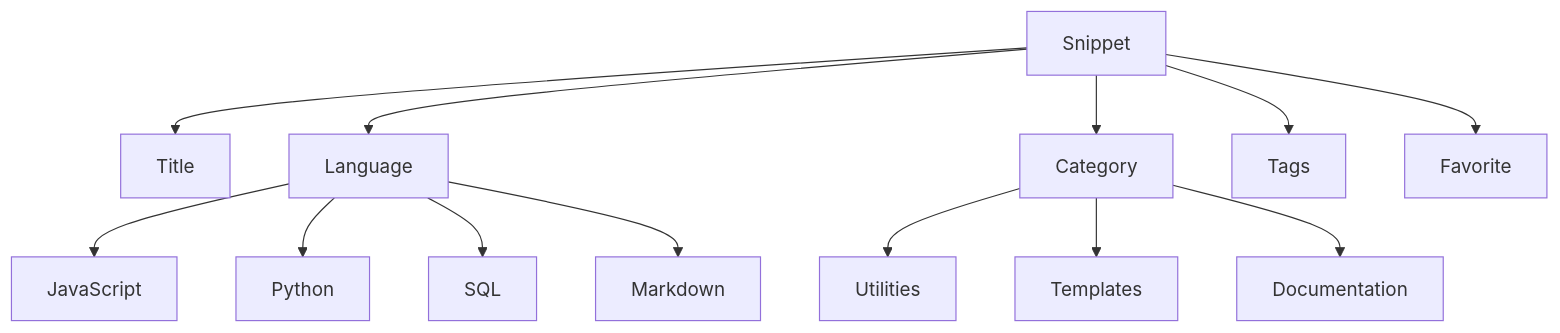
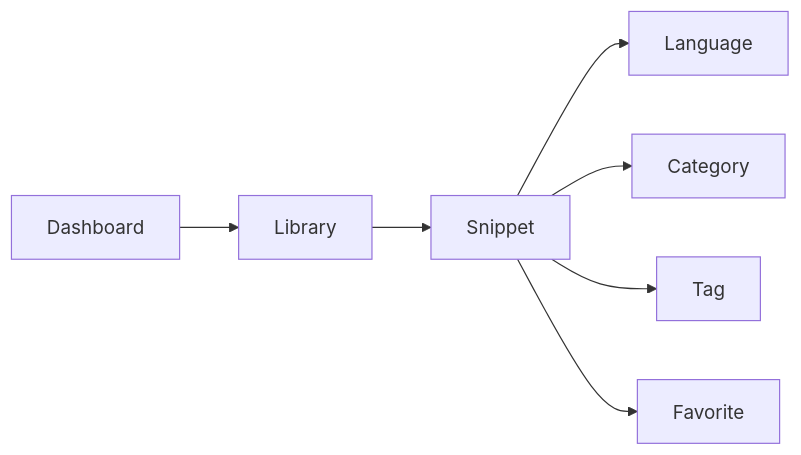
The diagram in api2-documentation/plan_2026-11-02_f8890e/user-facing-docs/key-concepts-and-terminology.md (Mohita111/API2), drawn with Mermaid before and after one commit. The commit also changed other lines of this file and 12 other files, not shown here.

````diff
--- a/api2-documentation/plan_2026-11-02_f8890e/user-facing-docs/key-concepts-and-terminology.md
+++ b/api2-documentation/plan_2026-11-02_f8890e/user-facing-docs/key-concepts-and-terminology.md
@@ -9,15 +57,9 @@
 ```mermaid
-graph TD
-    Snippet --> Title
-    Snippet --> Language
-    Snippet --> Category
-    Snippet --> Tags
-    Snippet --> Favorite
-    Language --> JavaScript
-    Language --> Python
-    Language --> SQL
-    Language --> Markdown
-    Category --> Utilities
-    Category --> Templates
-    Category --> Documentation
+graph LR
+  Dashboard --> Library
+  Library --> Snippet
+  Snippet --> Language
+  Snippet --> Category
+  Snippet --> Tag
+  Snippet --> Favorite
 ```
````
